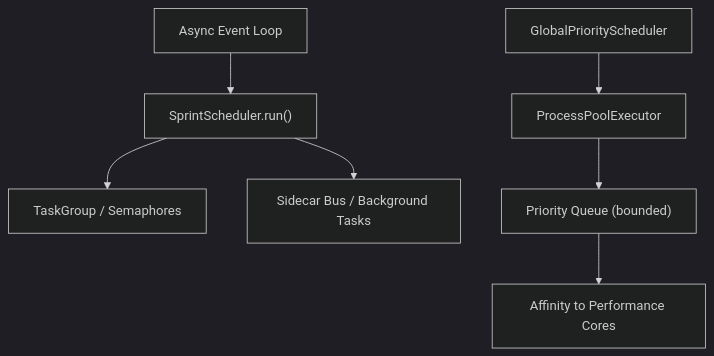
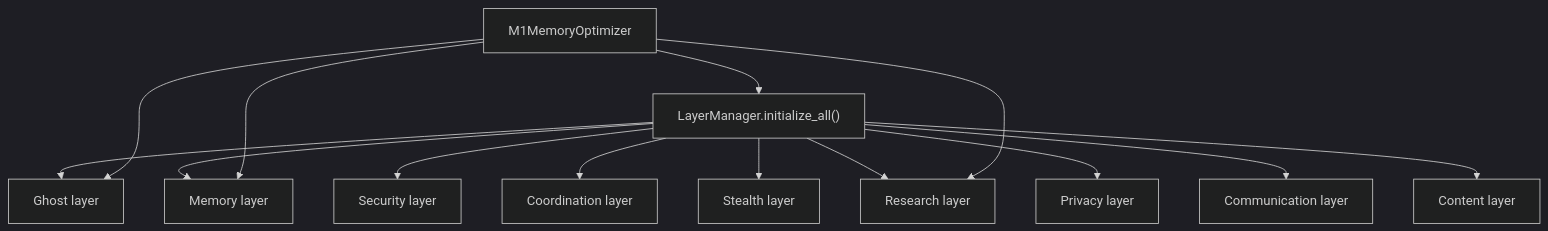
Before and after one commit to Hamulda/hledac-universal: the ninth of 10 diagrams in .qoder/repowiki/en/content/Project Overview/Architecture Overview.md, drawn with Mermaid (dark theme). The commit also changed other lines of this file and 236 other files, not shown here.

Commit message:
feat: F234 prelive gate, acquisition strategy and sprint scheduler improvements

````diff
--- a/.qoder/repowiki/en/content/Project Overview/Architecture Overview.md
+++ b/.qoder/repowiki/en/content/Project Overview/Architecture Overview.md
@@ -288,9 +349,16 @@
 ```mermaid
 flowchart TD
-A["Async Event Loop"] --> B["SprintScheduler.run()"]
-B --> C["TaskGroup / Semaphores"]
-B --> D["Sidecar Bus / Background Tasks"]
-E["GlobalPriorityScheduler"] --> F["ProcessPoolExecutor"]
-F --> G["Priority Queue (bounded)"]
-G --> H["Affinity to Performance Cores"]
+LM["LayerManager.initialize_all()"] --> GHOST["Ghost layer"]
+LM --> MEM["Memory layer"]
+LM --> SEC["Security layer"]
+LM --> COORD["Coordination layer"]
+LM --> STEALTH["Stealth layer"]
+LM --> RESEARCH["Research layer"]
+LM --> PRIVACY["Privacy layer"]
+LM --> COMM["Communication layer"]
+LM --> CONTENT["Content layer"]
+OPT["M1MemoryOptimizer"] --> LM
+OPT --> MEM
+OPT --> GHOST
+OPT --> RESEARCH
 ```
````
